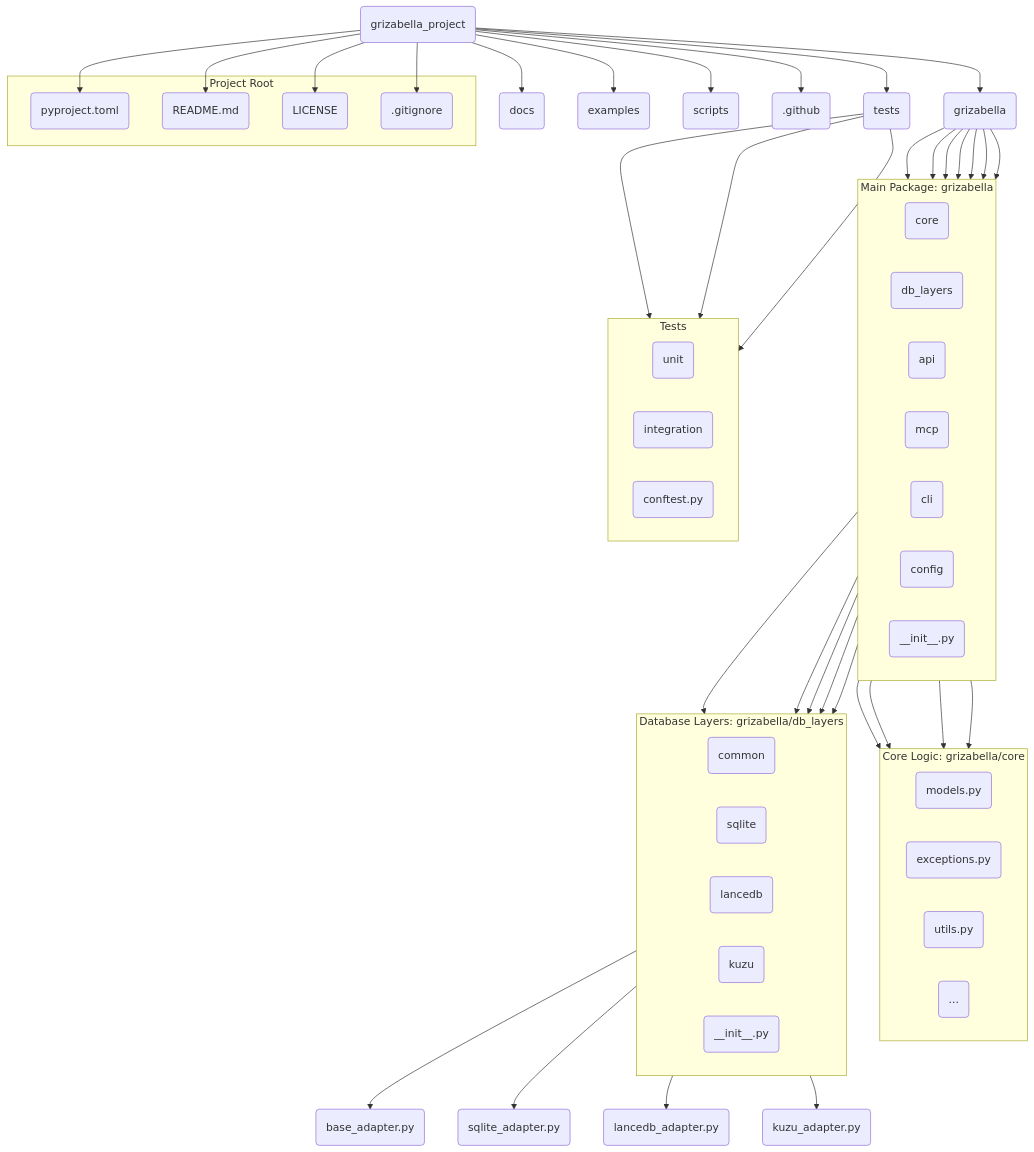
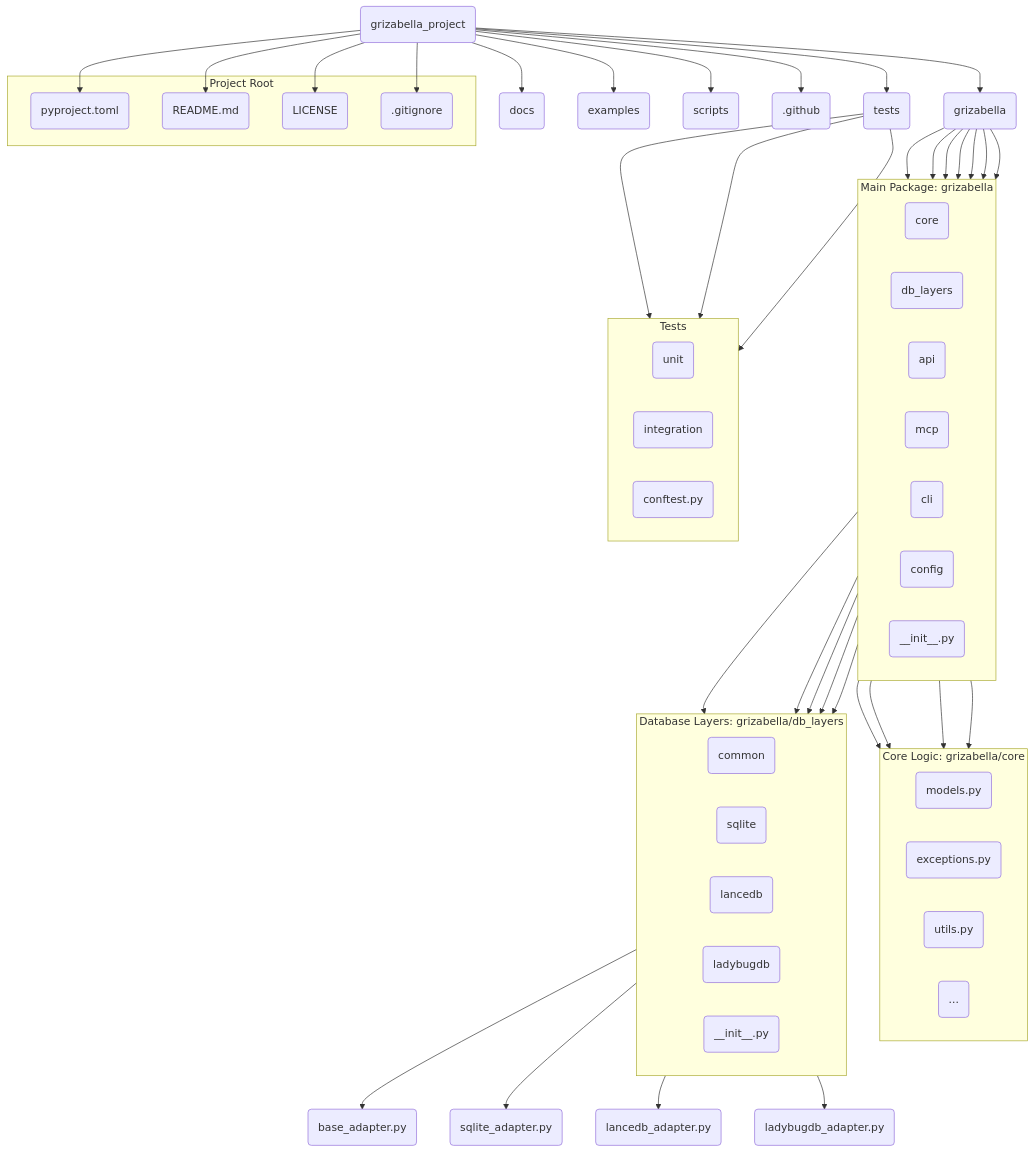
Before and after one commit to pwilkin/grizabella: the first of 3 diagrams in docs/foundational_design.md, drawn with Mermaid. The commit also changed other lines of this file and 19 other files, not shown here.

```diff
--- a/docs/foundational_design.md
+++ b/docs/foundational_design.md
@@ -35,13 +35,13 @@
     B2 --> B2a(common)
     B2 --> B2b(sqlite)
     B2 --> B2c(lancedb)
-    B2 --> B2d(kuzu)
+    B2 --> B2d(ladybugdb)
     B2 --> B2e(__init__.py)
 
     B2a --> B2a1(base_adapter.py)
     B2b --> B2b1(sqlite_adapter.py)
     B2c --> B2c1(lancedb_adapter.py)
-    B2d --> B2d1(kuzu_adapter.py)
+    B2d --> B2d1(ladybugdb_adapter.py)
 
     C --> C1(unit)
     C --> C2(integration)
```
